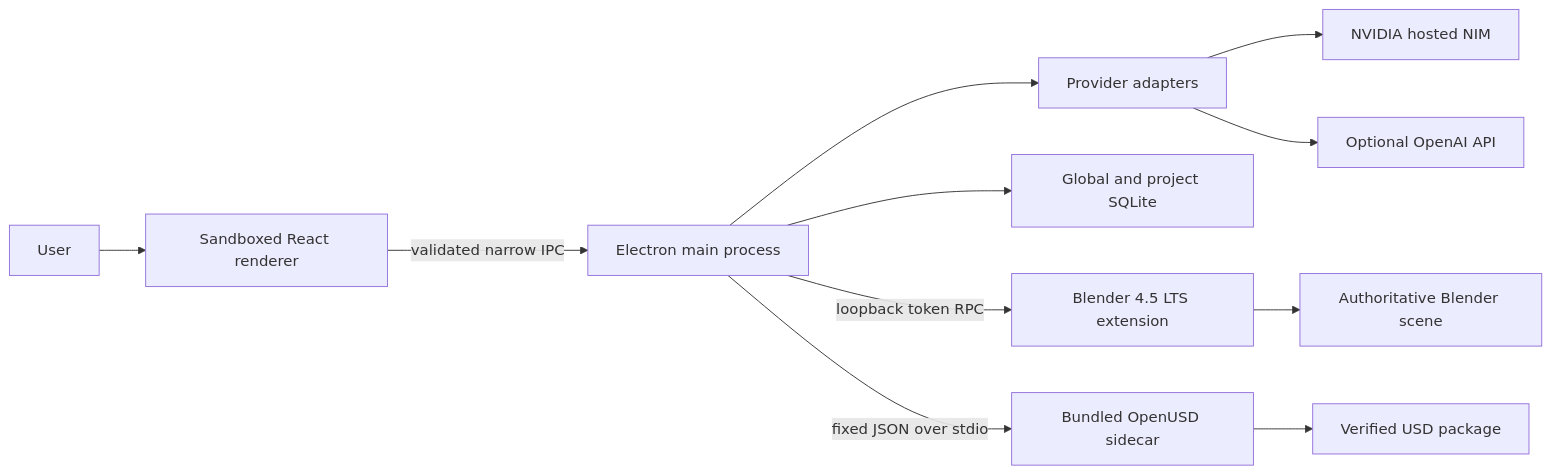
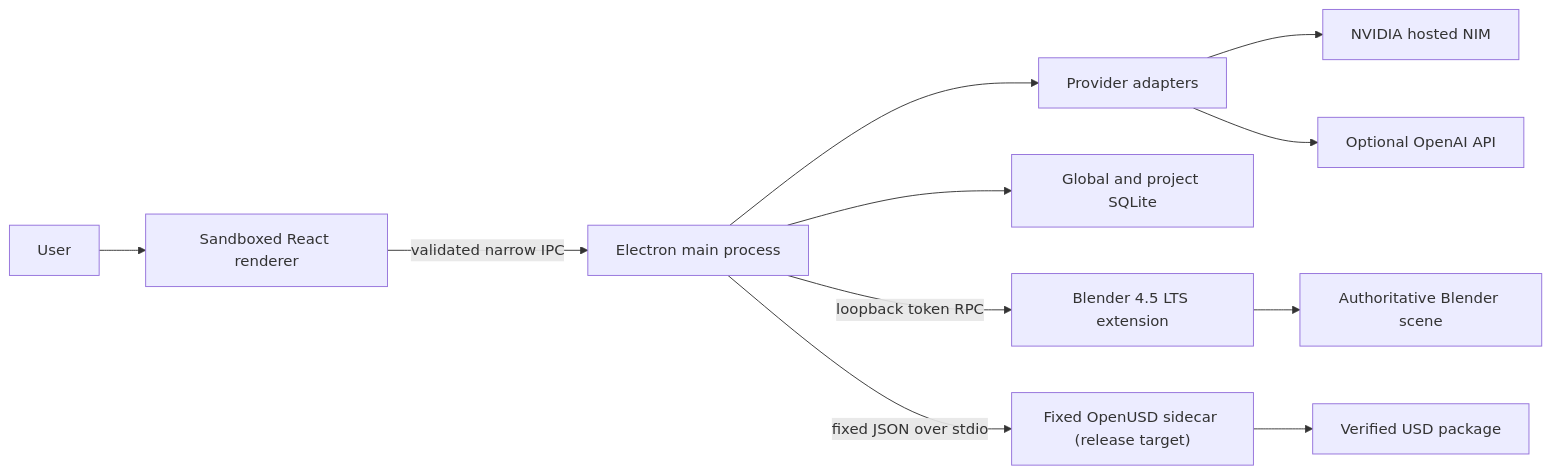
The diagram in docs/ARCHITECTURE.md (aminezombor/SimForge), drawn with Mermaid before and after one commit. The commit also changed other lines of this file and 78 other files, not shown here.

````diff
--- a/docs/ARCHITECTURE.md
+++ b/docs/ARCHITECTURE.md
@@ -12,13 +12,13 @@
 ```mermaid
 flowchart LR
     U["User"] --> R["Sandboxed React renderer"]
     R -->|"validated narrow IPC"| M["Electron main process"]
     M --> P["Provider adapters"]
     P --> N["NVIDIA hosted NIM"]
     P --> O["Optional OpenAI API"]
     M --> D["Global and project SQLite"]
     M -->|"loopback token RPC"| B["Blender 4.5 LTS extension"]
     B --> S["Authoritative Blender scene"]
-    M -->|"fixed JSON over stdio"| X["Bundled OpenUSD sidecar"]
+    M -->|"fixed JSON over stdio"| X["Fixed OpenUSD sidecar (release target)"]
     X --> W["Verified USD package"]
 ```
````
